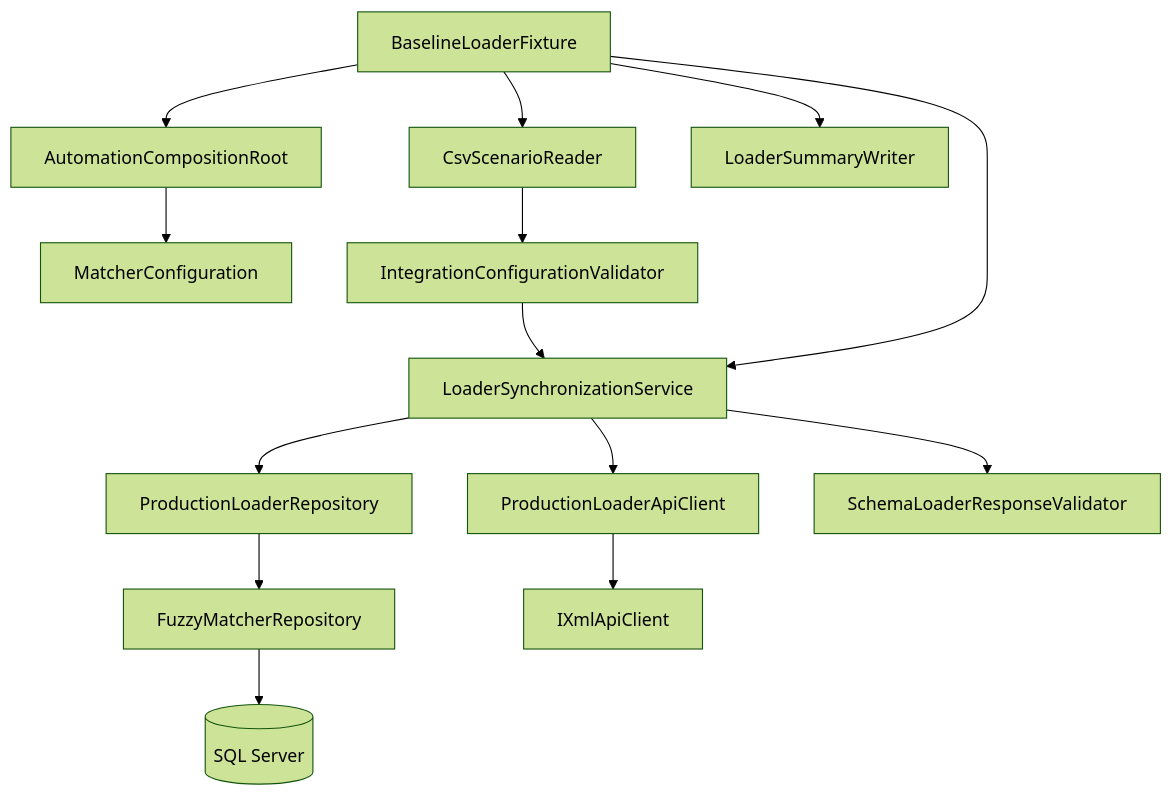
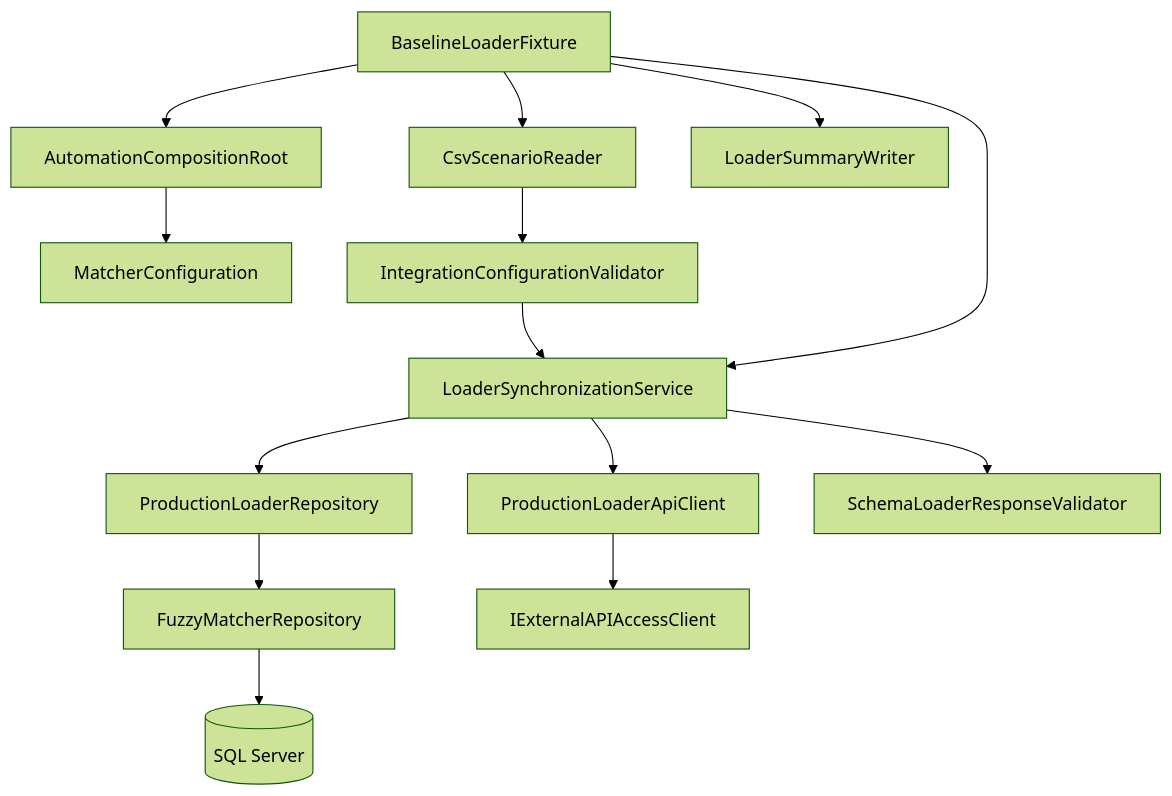
The second of 3 diagrams in FuzzyPricingMatcher/docs/architecture.md (ChetanChohan7/playwright-bdd-acorn), drawn with Mermaid (forest theme) before and after one commit. The commit also changed other lines of this file and 108 other files, not shown here.

````diff
--- a/FuzzyPricingMatcher/docs/architecture.md
+++ b/FuzzyPricingMatcher/docs/architecture.md
@@ -294,29 +294,29 @@
 ```mermaid
 flowchart TD
     LT[BaselineLoaderFixture]
     CR[AutomationCompositionRoot]
     CFG[MatcherConfiguration]
     CSV[CsvScenarioReader]
     VALIDATE[IntegrationConfigurationValidator]
     LOAD[LoaderSynchronizationService]
     REPO[ProductionLoaderRepository]
     APIADAPTER[ProductionLoaderApiClient]
     XMLVALIDATE[SchemaLoaderResponseValidator]
     SQL[FuzzyMatcherRepository]
-    API[IXmlApiClient]
+    API[IExternalAPIAccessClient]
     SUMMARY[LoaderSummaryWriter]
 
     LT --> CR
     CR --> CFG
     LT --> CSV
     CSV --> VALIDATE
     VALIDATE --> LOAD
     LT --> LOAD
     LOAD --> REPO
     LOAD --> APIADAPTER
     APIADAPTER --> API
     LOAD --> XMLVALIDATE
     REPO --> SQL
     SQL --> DB[(SQL Server)]
     LT --> SUMMARY
 ```
````
